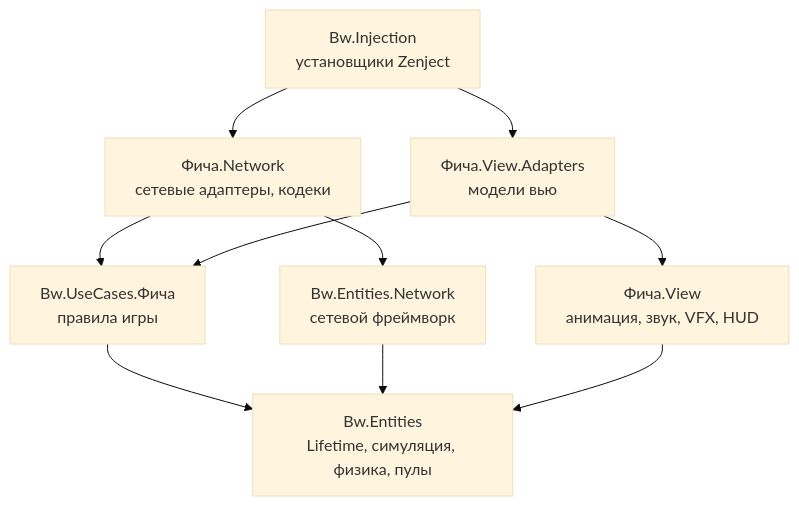
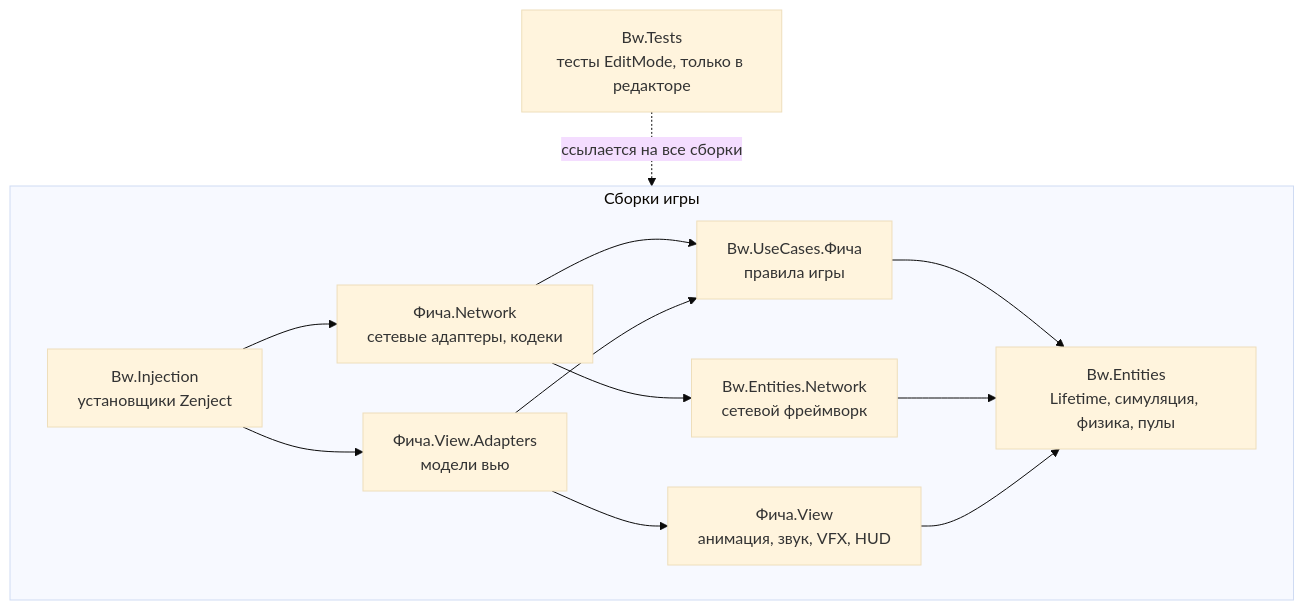
One commit to pndte/match-please changed the first of 8 diagrams in README.md. Above: the diagram before and after it, drawn with Mermaid (base theme). The commit also changed other lines of this file, not shown here.

````diff
--- a/README.md
+++ b/README.md
@@ -255,20 +292,24 @@
 ```mermaid
 flowchart TB
-    Injection["Bw.Injection<br/>установщики Zenject"]
-    Network["Фича.Network<br/>сетевые адаптеры, кодеки"]
-    Adapters["Фича.View.Adapters<br/>модели вью"]
-    View["Фича.View<br/>анимация, звук, VFX, HUD"]
-    Core["Bw.UseCases.Фича<br/>правила игры"]
-    NetFw["Bw.Entities.Network<br/>сетевой фреймворк"]
-    Entities["Bw.Entities<br/>Lifetime, симуляция, физика, пулы"]
+    Tests["Bw.Tests<br/>тесты EditMode, только в редакторе"]
+    subgraph Game["Сборки игры"]
+        Injection["Bw.Injection<br/>установщики Zenject"]
+        Network["Фича.Network<br/>сетевые адаптеры, кодеки"]
+        Adapters["Фича.View.Adapters<br/>модели вью"]
+        View["Фича.View<br/>анимация, звук, VFX, HUD"]
+        Core["Bw.UseCases.Фича<br/>правила игры"]
+        NetFw["Bw.Entities.Network<br/>сетевой фреймворк"]
+        Entities["Bw.Entities<br/>Lifetime, симуляция, физика, пулы"]
+    end
 
+    Tests -.->|ссылается на все сборки| Game
     Injection --> Network
     Injection --> Adapters
     Network --> Core
     Network --> NetFw
     Adapters --> Core
     Adapters --> View
     Core --> Entities
     NetFw --> Entities
     View --> Entities
 ```
````
